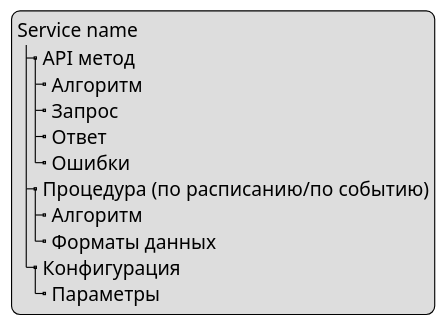
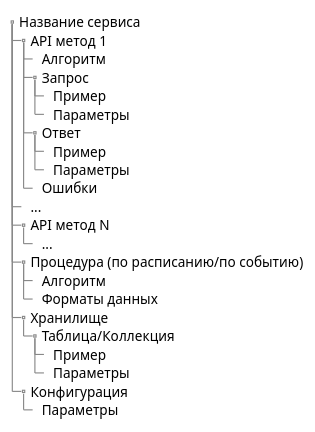
Before and after one commit to katerina-glushko/requirements-templates: the diagram in templates/specs/service/service-spec.adoc, drawn with PlantUML. The commit also changed other lines of this file and 14 other files, not shown here.

```diff
--- a/templates/specs/service/service-spec.adoc
+++ b/templates/specs/service/service-spec.adoc
@@ -42,20 +46,31 @@
 [plantuml, format=png, opts="inline"]
 ----
-skinparam Legend{
-    FontSize 17
+@startsalt
+{
+{T
++ Название сервиса
+++ API метод 1
++++ Алгоритм
++++ Запрос
+++++ Пример
+++++ Параметры
++++ Ответ
+++++ Пример
+++++ Параметры
++++ Ошибки
+++ ...
+++ API метод N
++++ ...
+++ Процедура (по расписанию/по событию)
++++ Алгоритм
++++ Форматы данных
+++ Хранилище
++++ Таблица/Коллекция
+++++ Пример
+++++ Параметры
+++ Конфигурация
++++ Параметры
 }
-
-legend
-Service name
-|_ API метод
-  |_ Алгоритм
-  |_ Запрос
-  |_ Ответ
-  |_ Ошибки
-|_ Процедура (по расписанию/по событию)
-  |_ Алгоритм
-  |_ Форматы данных
-|_ Конфигурация
-  |_ Параметры
-end legend
+}
+@endsalt
 ----
```
